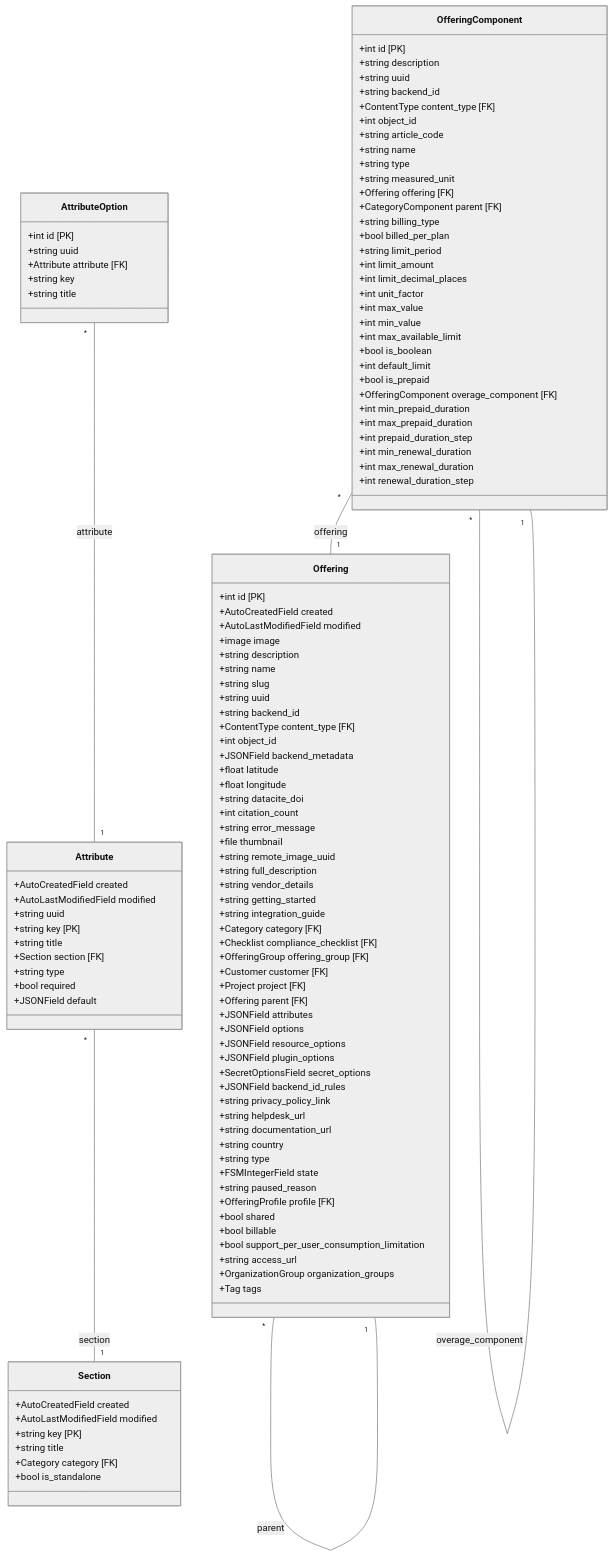
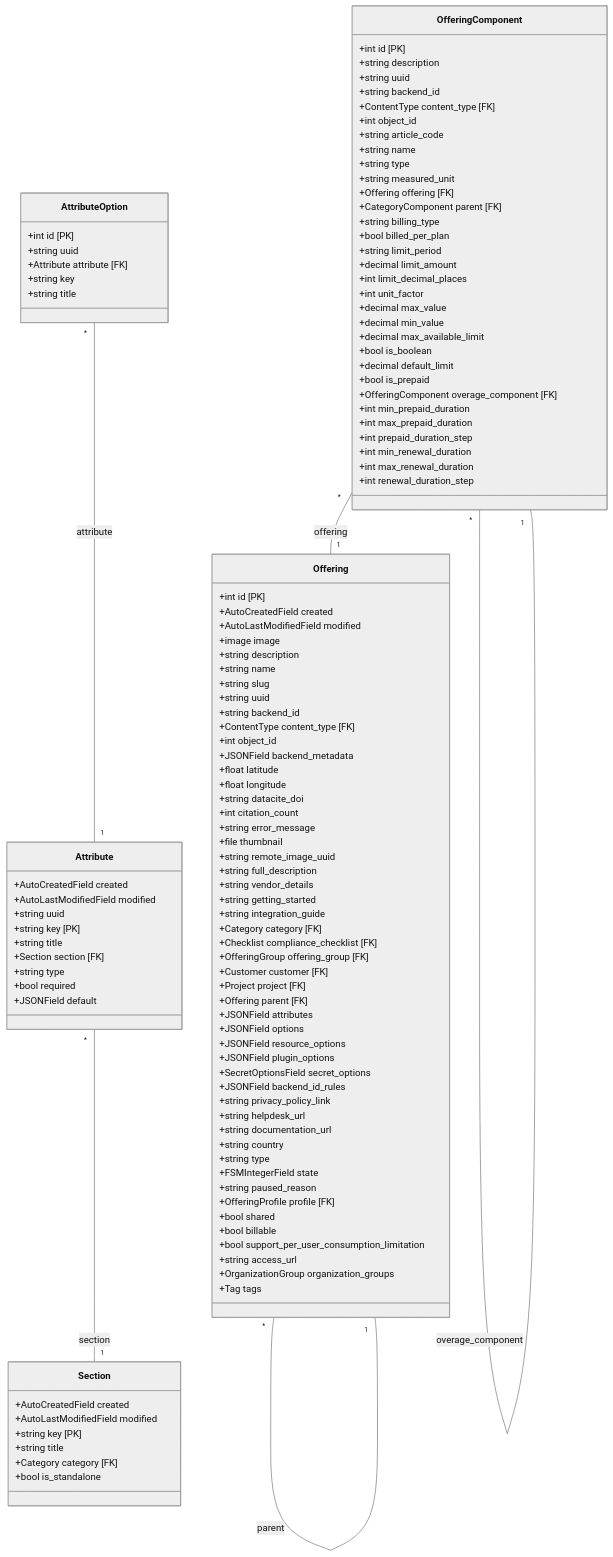
Before and after one commit to waldur/waldur-mastermind: the diagram in docs/marketplace_catalog.mmd, drawn with Mermaid (neutral theme). The commit also changed 1 other file, not shown here.

```diff
--- a/docs/marketplace_catalog.mmd
+++ b/docs/marketplace_catalog.mmd
@@ -1,117 +1,117 @@
 classDiagram
     direction TB
     class Section {
         +AutoCreatedField created
         +AutoLastModifiedField modified
         +string key [PK]
         +string title
         +Category category [FK]
         +bool is_standalone
     }
     class Attribute {
         +AutoCreatedField created
         +AutoLastModifiedField modified
         +string uuid
         +string key [PK]
         +string title
         +Section section [FK]
         +string type
         +bool required
         +JSONField default
     }
     class AttributeOption {
         +int id [PK]
         +string uuid
         +Attribute attribute [FK]
         +string key
         +string title
     }
     class Offering {
         +int id [PK]
         +AutoCreatedField created
         +AutoLastModifiedField modified
         +image image
         +string description
         +string name
         +string slug
         +string uuid
         +string backend_id
         +ContentType content_type [FK]
         +int object_id
         +JSONField backend_metadata
         +float latitude
         +float longitude
         +string datacite_doi
         +int citation_count
         +string error_message
         +file thumbnail
         +string remote_image_uuid
         +string full_description
         +string vendor_details
         +string getting_started
         +string integration_guide
         +Category category [FK]
         +Checklist compliance_checklist [FK]
         +OfferingGroup offering_group [FK]
         +Customer customer [FK]
         +Project project [FK]
         +Offering parent [FK]
         +JSONField attributes
         +JSONField options
         +JSONField resource_options
         +JSONField plugin_options
         +SecretOptionsField secret_options
         +JSONField backend_id_rules
         +string privacy_policy_link
         +string helpdesk_url
         +string documentation_url
         +string country
         +string type
         +FSMIntegerField state
         +string paused_reason
         +OfferingProfile profile [FK]
         +bool shared
         +bool billable
         +bool support_per_user_consumption_limitation
         +string access_url
         +OrganizationGroup organization_groups
         +Tag tags
     }
     class OfferingComponent {
         +int id [PK]
         +string description
         +string uuid
         +string backend_id
         +ContentType content_type [FK]
         +int object_id
         +string article_code
         +string name
         +string type
         +string measured_unit
         +Offering offering [FK]
         +CategoryComponent parent [FK]
         +string billing_type
         +bool billed_per_plan
         +string limit_period
-        +int limit_amount
+        +decimal limit_amount
         +int limit_decimal_places
         +int unit_factor
-        +int max_value
-        +int min_value
-        +int max_available_limit
+        +decimal max_value
+        +decimal min_value
+        +decimal max_available_limit
         +bool is_boolean
-        +int default_limit
+        +decimal default_limit
         +bool is_prepaid
         +OfferingComponent overage_component [FK]
         +int min_prepaid_duration
         +int max_prepaid_duration
         +int prepaid_duration_step
         +int min_renewal_duration
         +int max_renewal_duration
         +int renewal_duration_step
     }
     Attribute "*" -- "1" Section : section
     AttributeOption "*" -- "1" Attribute : attribute
     Offering "*" -- "1" Offering : parent
     OfferingComponent "*" -- "1" Offering : offering
     OfferingComponent "*" -- "1" OfferingComponent : overage_component
```
